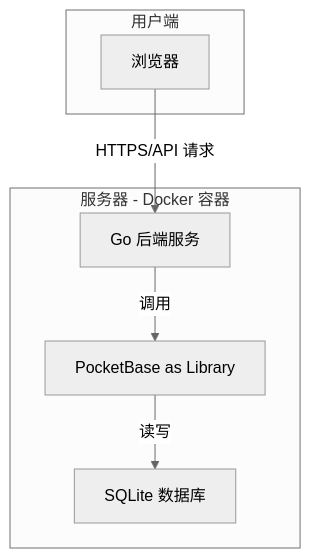
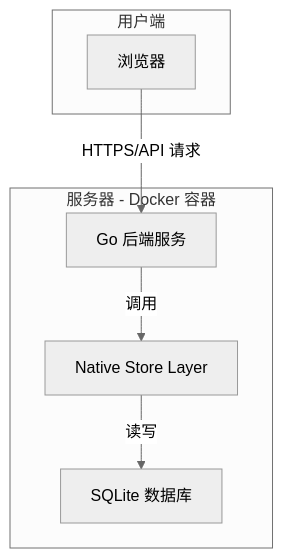
One commit to songtianlun/diarum changed the diagram in docs/Diarum 项目规划.md. Above: the diagram before and after it, drawn with Mermaid (neutral theme). The commit also changed other lines of this file and 39 other files, not shown here.

````diff
--- a/docs/Diarum 项目规划.md
+++ b/docs/Diarum 项目规划.md
@@ -83,17 +83,17 @@
 ```mermaid
 graph TD
     subgraph Client["用户端"]
         A["浏览器"]
     end
 
     subgraph Server["服务器 - Docker 容器"]
         B["Go 后端服务"]
-        C["PocketBase as Library"]
+        C["Native Store Layer"]
         D["SQLite 数据库"]
 
         B -- "调用" --> C
         C -- "读写" --> D
     end
 
     A -- "HTTPS/API 请求" --> B
 ```
````
